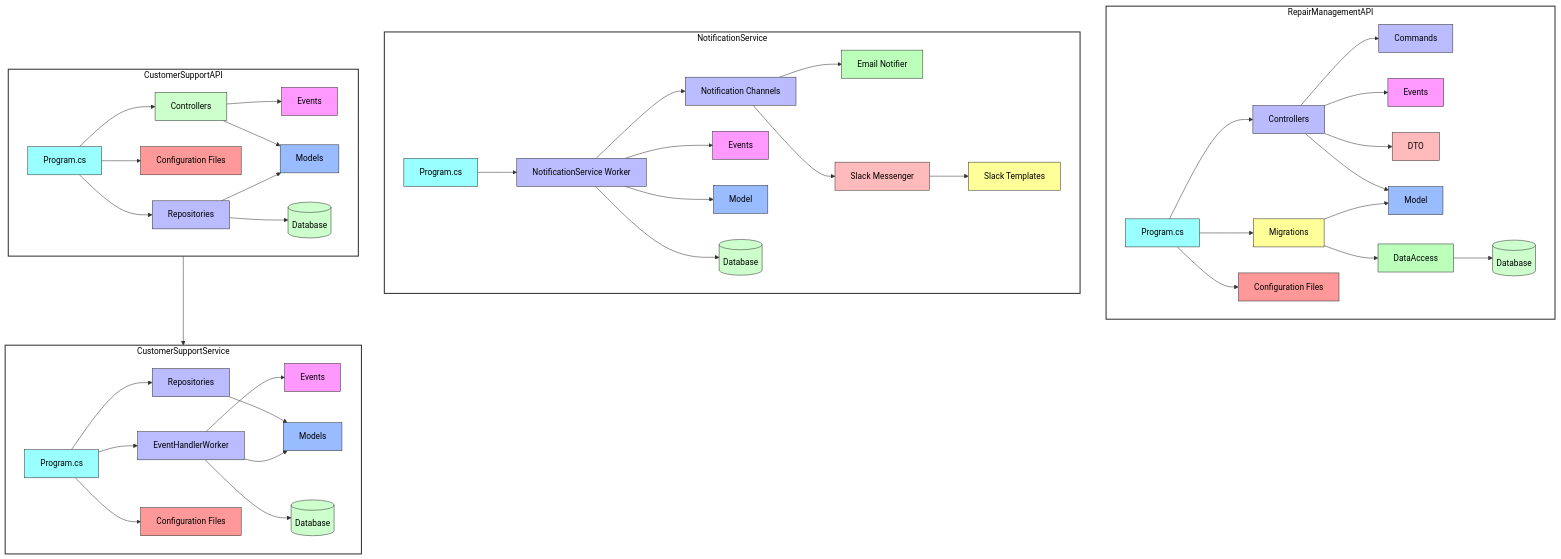
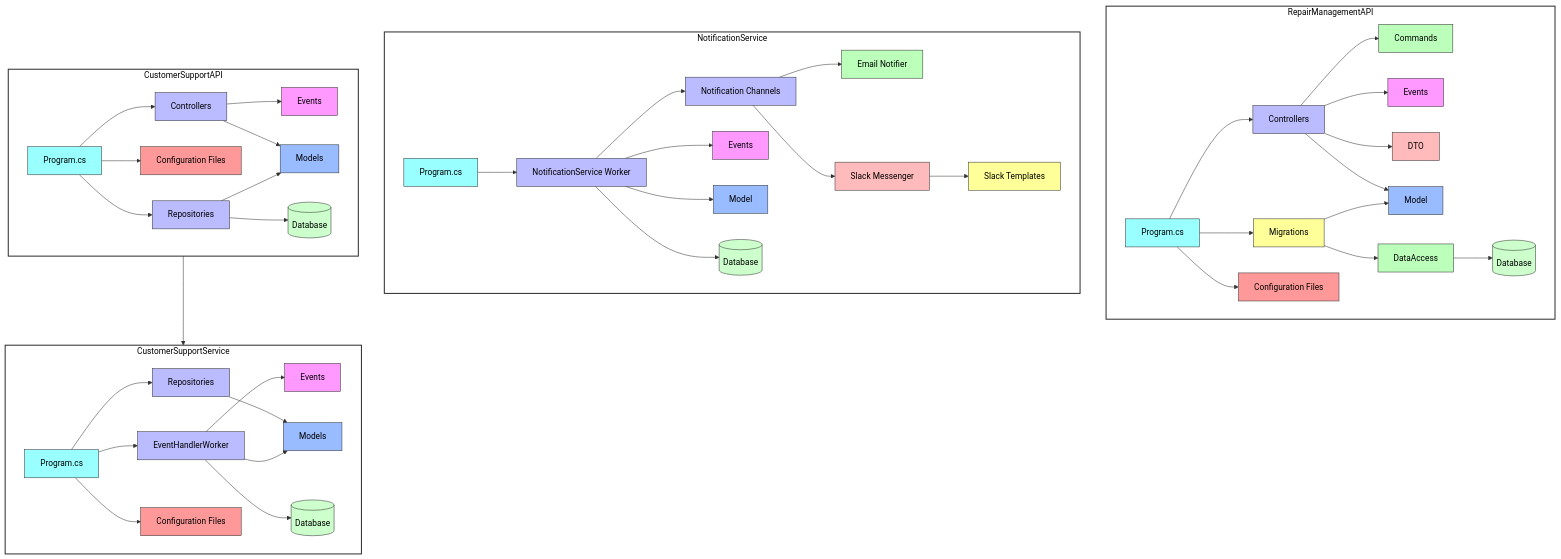
Before and after one commit to hanaim-devops/pitstop-team-luna: the third of 3 diagrams in src/README.md, drawn with Mermaid. The commit also changed other lines of this file, not shown here.

Commit message:
Voeg een legenda en beschrijvingen toe aan het C4 diagram

```diff
--- a/src/README.md
+++ b/src/README.md
@@ -153,7 +158,7 @@
 
     style RepairManagementAPI fill:#fff,stroke:#333,stroke-width:2px,color:#000000
     style RepairManagementControllers fill:#bbf,stroke:#333,stroke-width:1px,color:#000000
-    style RepairManagementCommands fill:#bbf,stroke:#333,stroke-width:1px,color:#000000
+    style RepairManagementCommands fill:#bfb,stroke:#333,stroke-width:1px,color:#000000
     style RepairManagementDataAccess fill:#bfb,stroke:#333,stroke-width:1px,color:#000000
     style RepairManagementDTO fill:#fbb,stroke:#333,stroke-width:1px,color:#000000
     style RepairManagementEvents fill:#f9f,stroke:#333,stroke-width:1px,color:#000000
@@ -179,7 +184,7 @@
     style CustomerSupportAPIConfig fill:#f99,stroke:#333,stroke-width:1px,color:#000000
     style CustomerSupportAPIRepository fill:#cfc,stroke:#333,stroke-width:1px,color:#000000
     style CustomerSupportAPIRepositories fill:#bbf,stroke:#333,stroke-width:1px,color:#000000
-    style CustomerSupportAPIControllers fill:#cfc,stroke:#333,stroke-width:1px,color:#000000
+    style CustomerSupportAPIControllers fill:#bbf,stroke:#333,stroke-width:1px,color:#000000
     style CustomerSupportAPIEvents fill:#f9f,stroke:#333,stroke-width:1px,color:#000000
     style CustomerSupportAPIModels fill:#9bf,stroke:#333,stroke-width:1px,color:#000000
  
```
